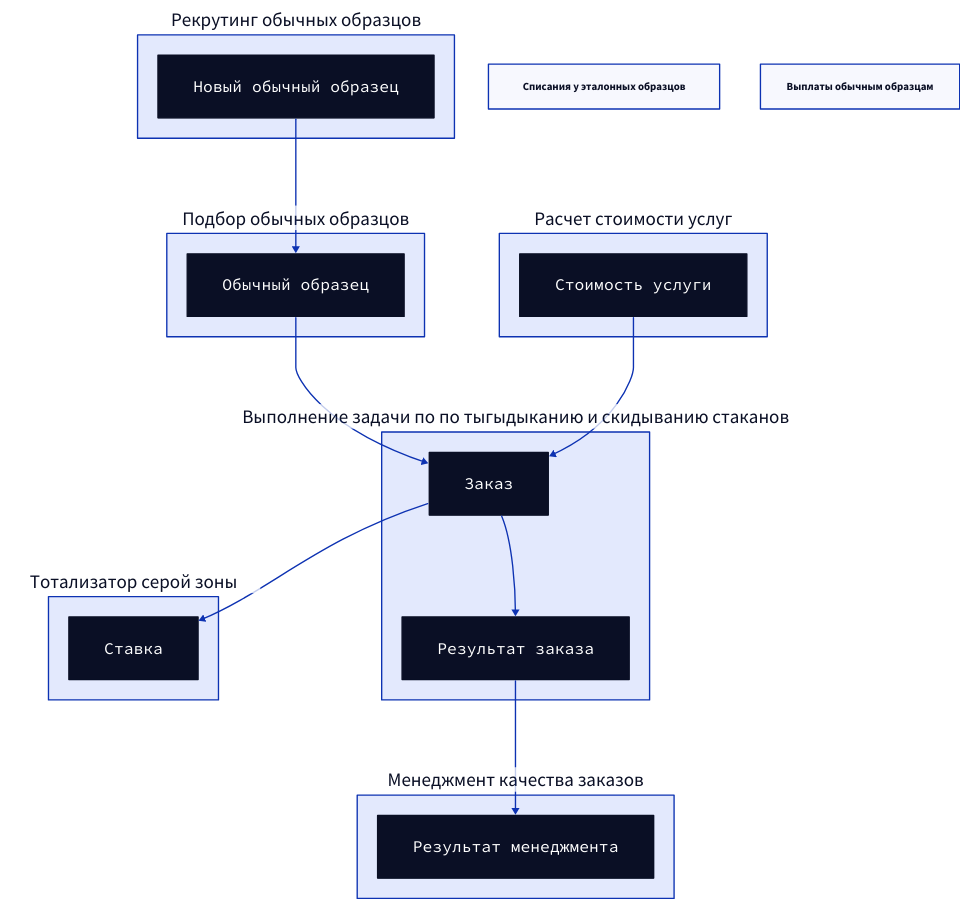
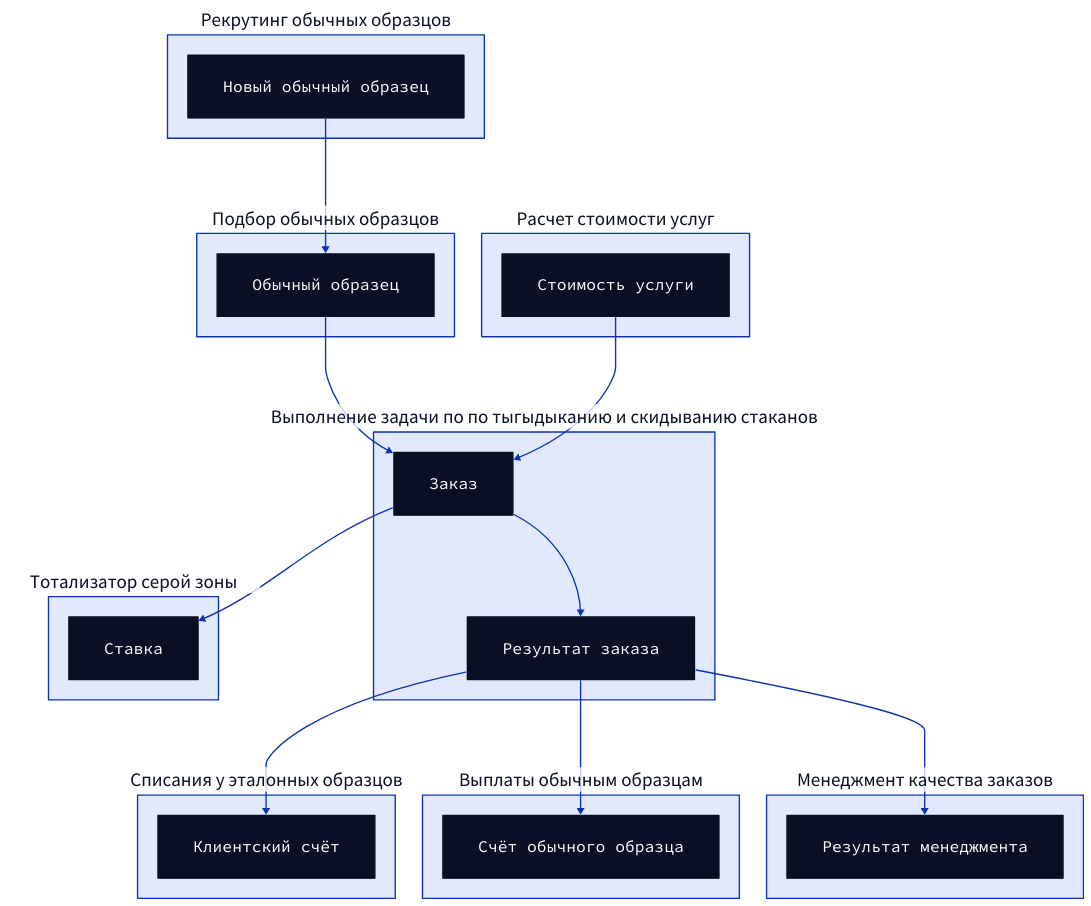
Before and after one commit to dimk00z/system_analisys_2: the diagram in hw_2/data_model.d2, drawn with D2. The commit also changed 1 other file, not shown here.

```diff
--- a/hw_2/data_model.d2
+++ b/hw_2/data_model.d2
@@ -1,68 +1,78 @@
 recruting_service:Рекрутинг обычных образцов{
     shape: rectangle
     new_worker: Новый обычный образец{
         shape: class
     }
 }
 
 get_workers_service:Подбор обычных образцов{
     shape: rectangle
     worker_for_order: Обычный образец{
         shape: class
     }
 }
 recruting_service.new_worker->get_workers_service.worker_for_order
 
 betting_service:Тотализатор серой зоны{
     shape: rectangle
 
     bet: Ставка{
         shape: class
     }
 
 }
 
 money_debit_service:Списания у эталонных образцов{
     shape: rectangle
+
+    client_account: Клиентский счёт{
+        shape: class
+    }
 }
 
 money_payment_service:Выплаты обычным образцам{
     shape: rectangle
+    worker_account: Счёт обычного образца{
+        shape: class
+    }
 }
 
 quality_control_service:Менеджмент качества заказов{
     shape: rectangle
 
     managment_result: Результат менеджмента{
         shape: class
     }
 }
 
 orders_service:Выполнение задачи по по тыгыдыканию и скидыванию стаканов{
     shape: rectangle
     
     order: Заказ{
         shape: class
     }
     
     order_result: Результат заказа{
         shape: class
     }
 }
 
 orders_service.order->orders_service.order_result
 orders_service.order_result->quality_control_service.managment_result
 
 orders_service.order->betting_service.bet
 
 get_workers_service.worker_for_order->orders_service.order
 
 calculation_service:Расчет стоимости услуг{
     shape: rectangle
 
     client_service_price: Стоимость услуги{
         shape: class
     }
 }
 
 calculation_service.client_service_price->orders_service.order
+
+money_debit_service.client_account<-orders_service.order_result
+money_payment_service.worker_account<-orders_service.order_result
```
